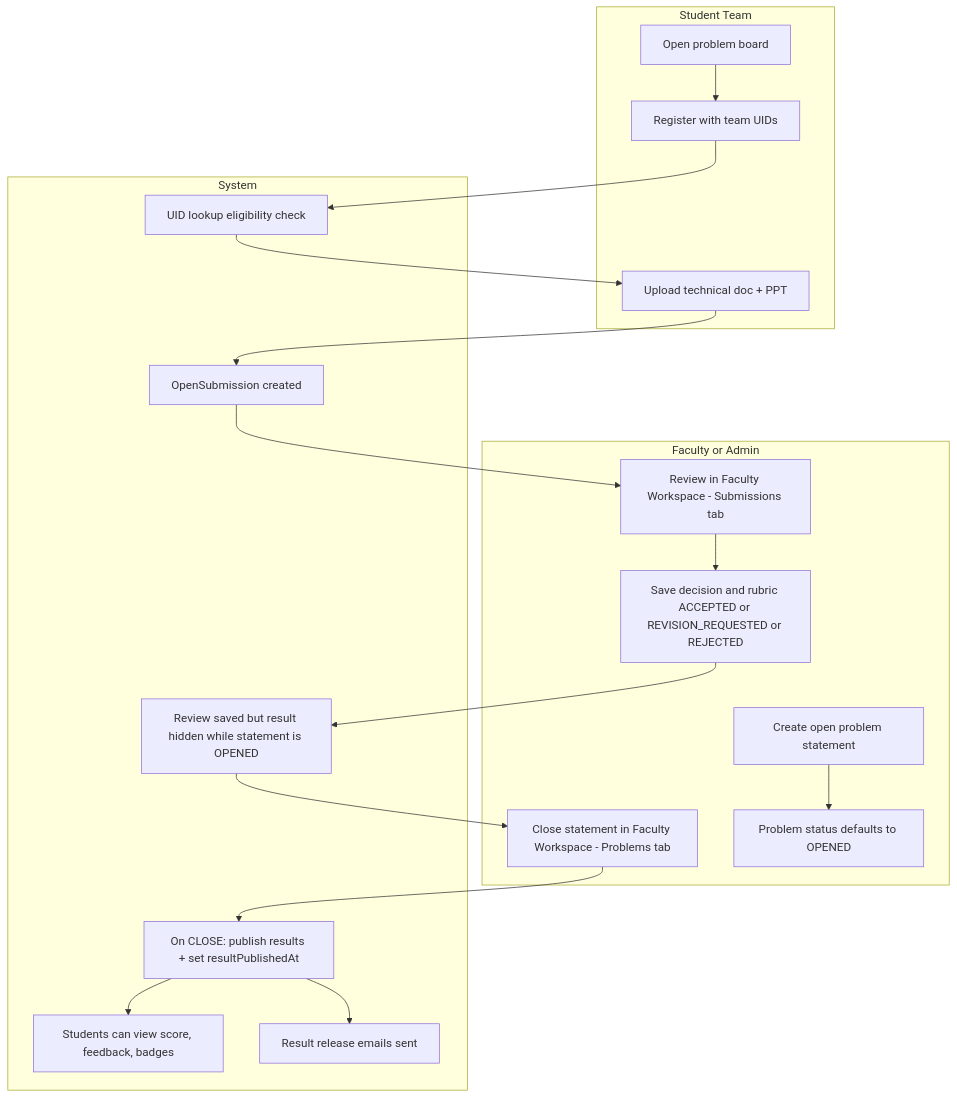
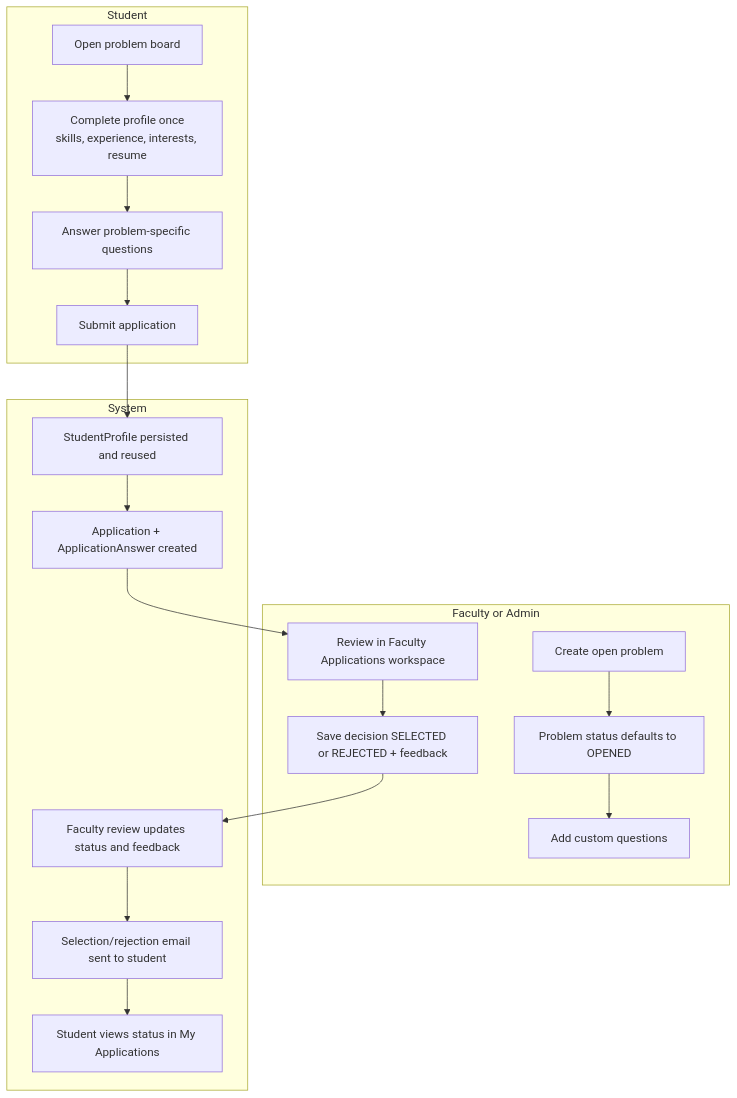
The sixth of 9 diagrams in README.md (Newer1107/CoE-Main), drawn with Mermaid before and after one commit. The commit also changed other lines of this file and 40 other files, not shown here.

First line of the commit message:
feat: add student profile management and application modals

````diff
--- a/README.md
+++ b/README.md
@@ -228,38 +230,38 @@
 ```mermaid
 flowchart TD
   subgraph FAC[Faculty or Admin]
-    OP1[Create open problem statement]
+    OP1[Create open problem]
     OP2[Problem status defaults to OPENED]
-    OP3[Review in Faculty Workspace - Submissions tab]
-    OP4[Save decision and rubric ACCEPTED or REVISION_REQUESTED or REJECTED]
-    OP5[Close statement in Faculty Workspace - Problems tab]
+    OP3[Add custom questions]
+    OP4[Review in Faculty Applications workspace]
+    OP5[Save decision SELECTED or REJECTED + feedback]
   end
 
-  subgraph STU[Student Team]
+  subgraph STU[Student]
     OS1[Open problem board]
-    OS2[Register with team UIDs]
-    OS3[Upload technical doc + PPT]
+    OS2[Complete profile once\nskills, experience, interests, resume]
+    OS3[Answer problem-specific questions]
+    OS4[Submit application]
   end
 
   subgraph SYS[System]
-    OY1[UID lookup eligibility check]
-    OY2[OpenSubmission created]
-    OY3[Review saved but result hidden while statement is OPENED]
-    OY4[On CLOSE: publish results + set resultPublishedAt]
-    OY5[Students can view score, feedback, badges]
-    OY6[Result release emails sent]
+    OY1[StudentProfile persisted and reused]
+    OY2[Application + ApplicationAnswer created]
+    OY3[Faculty review updates status and feedback]
+    OY4[Selection/rejection email sent to student]
+    OY5[Student views status in My Applications]
   end
 
   OP1 --> OP2
+  OP2 --> OP3
   OS1 --> OS2
-  OS2 --> OY1
-  OY1 --> OS3
-  OS3 --> OY2
-  OY2 --> OP3
-  OP3 --> OP4
-  OP4 --> OY3
-  OY3 --> OP5
-  OP5 --> OY4
+  OS2 --> OS3
+  OS3 --> OS4
+  OS4 --> OY1
+  OY1 --> OY2
+  OY2 --> OP4
+  OP4 --> OP5
+  OP5 --> OY3
+  OY3 --> OY4
   OY4 --> OY5
-  OY4 --> OY6
 ```
````
